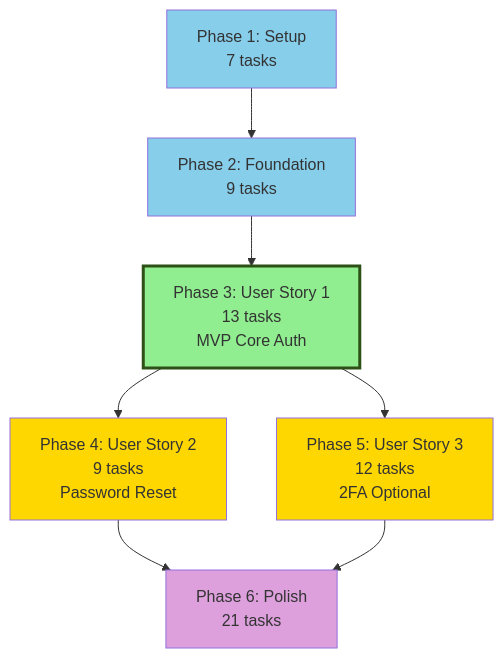
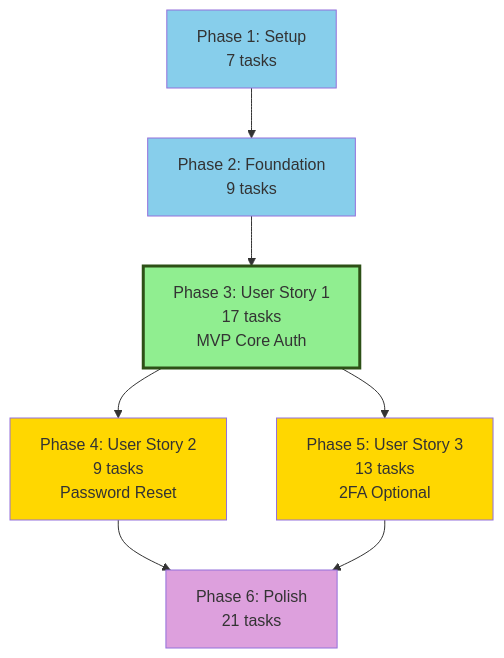
Before and after one commit to jonathan1440/iterative_llm_workflow: the diagram in templates/tasks-template-example.md, drawn with Mermaid. The commit also changed other lines of this file and 1 other file, not shown here.

````diff
--- a/templates/tasks-template-example.md
+++ b/templates/tasks-template-example.md
@@ -530,23 +1198,23 @@
 ```mermaid
 graph TD
     Setup[Phase 1: Setup<br/>7 tasks]
     Foundation[Phase 2: Foundation<br/>9 tasks]
-    US1[Phase 3: User Story 1<br/>13 tasks<br/>MVP Core Auth]
+    US1[Phase 3: User Story 1<br/>17 tasks<br/>MVP Core Auth]
     US2[Phase 4: User Story 2<br/>9 tasks<br/>Password Reset]
-    US3[Phase 5: User Story 3<br/>12 tasks<br/>2FA Optional]
+    US3[Phase 5: User Story 3<br/>13 tasks<br/>2FA Optional]
     Polish[Phase 6: Polish<br/>21 tasks]
     
     Setup --> Foundation
     Foundation --> US1
     US1 --> US2
     US1 --> US3
     US2 --> Polish
     US3 --> Polish
     
     style US1 fill:#90EE90,stroke:#2d5016,stroke-width:3px
     style Setup fill:#87CEEB
     style Foundation fill:#87CEEB
     style US2 fill:#FFD700
     style US3 fill:#FFD700
     style Polish fill:#DDA0DD
 ```
````
